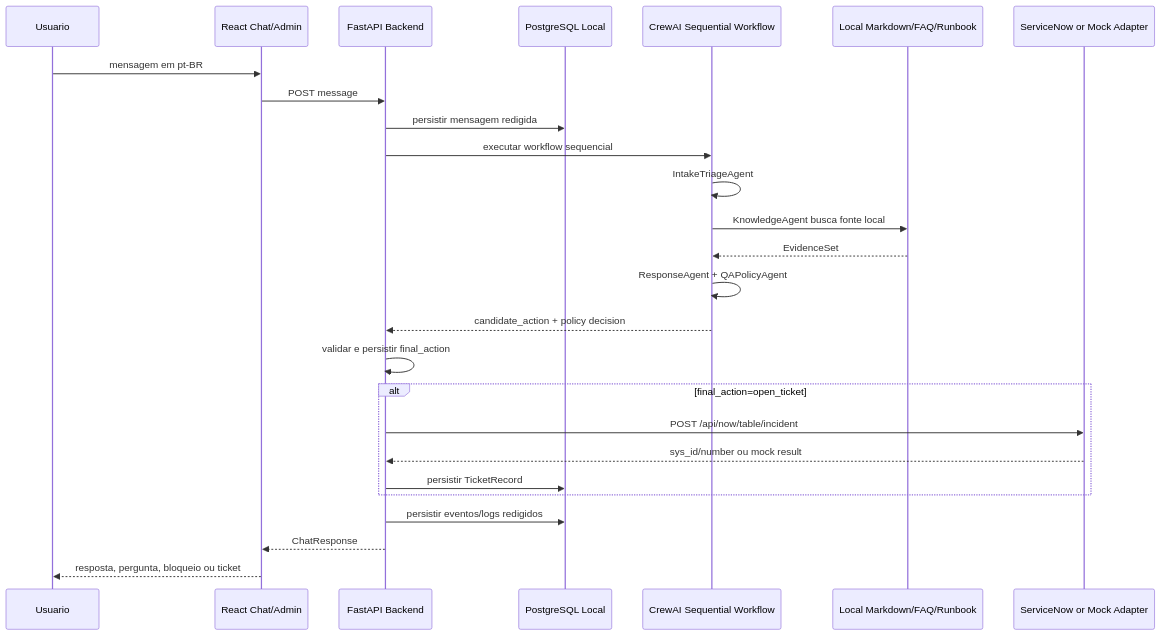
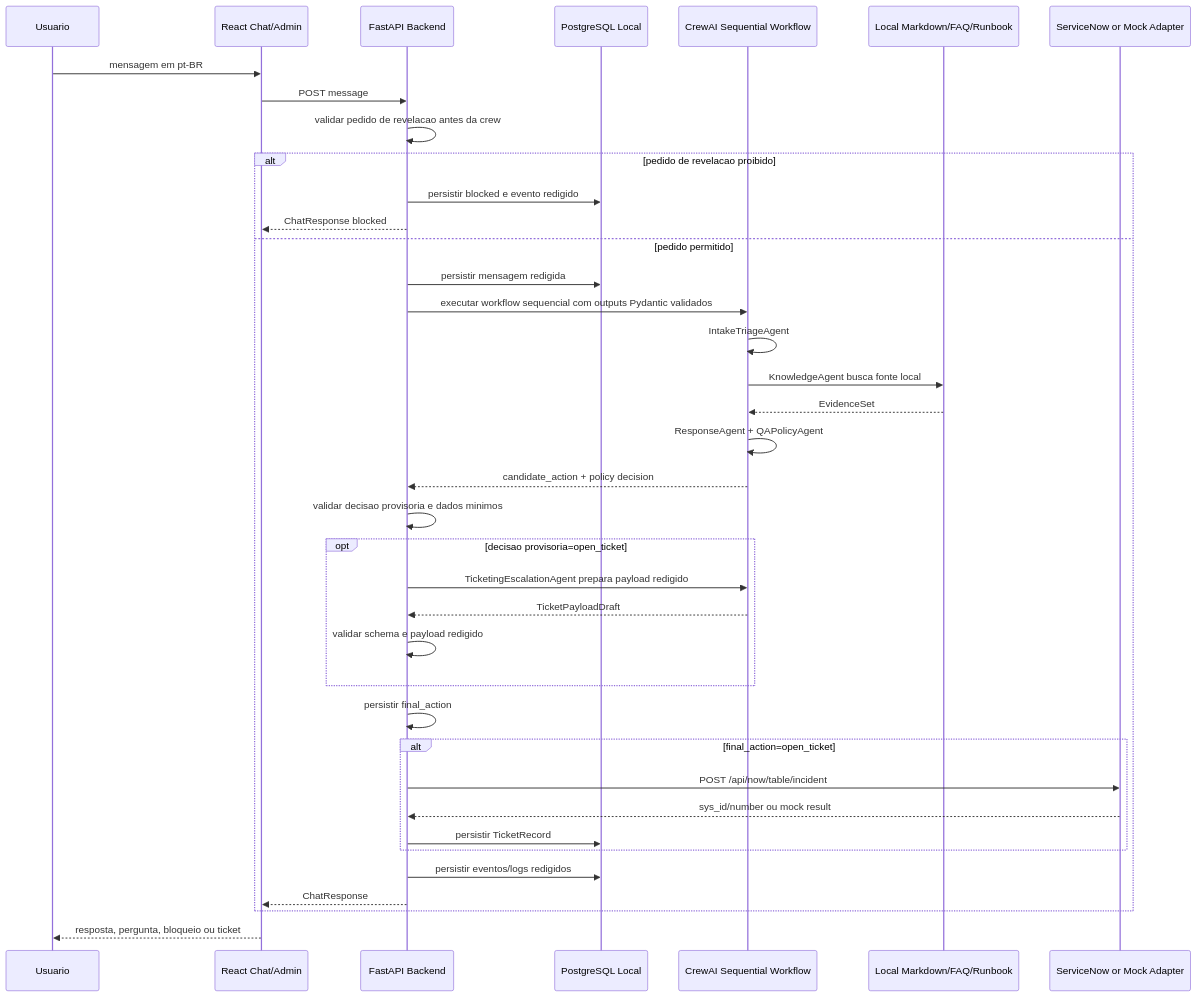
Before and after one commit to bhendon-soares/agentic-architect-casptone: the diagram in project-context/1.define/sad.md, drawn with Mermaid. The commit also changed other lines of this file and 10 other files, not shown here.

````diff
--- a/project-context/1.define/sad.md
+++ b/project-context/1.define/sad.md
@@ -319,29 +321,41 @@
 ```mermaid
 sequenceDiagram
     participant U as Usuario
     participant FE as React Chat/Admin
     participant API as FastAPI Backend
     participant DB as PostgreSQL Local
     participant Crew as CrewAI Sequential Workflow
     participant KB as Local Markdown/FAQ/Runbook
     participant SN as ServiceNow or Mock Adapter
 
     U->>FE: mensagem em pt-BR
     FE->>API: POST message
+    API->>API: validar pedido de revelacao antes da crew
+    alt pedido de revelacao proibido
+      API->>DB: persistir blocked e evento redigido
+      API-->>FE: ChatResponse blocked
+    else pedido permitido
     API->>DB: persistir mensagem redigida
-    API->>Crew: executar workflow sequencial
+    API->>Crew: executar workflow sequencial com outputs Pydantic validados
     Crew->>Crew: IntakeTriageAgent
     Crew->>KB: KnowledgeAgent busca fonte local
     KB-->>Crew: EvidenceSet
     Crew->>Crew: ResponseAgent + QAPolicyAgent
     Crew-->>API: candidate_action + policy decision
-    API->>API: validar e persistir final_action
+    API->>API: validar decisao provisoria e dados minimos
+    opt decisao provisoria=open_ticket
+      API->>Crew: TicketingEscalationAgent prepara payload redigido
+      Crew-->>API: TicketPayloadDraft
+      API->>API: validar schema e payload redigido
+    end
+    API->>API: persistir final_action
     alt final_action=open_ticket
         API->>SN: POST /api/now/table/incident
         SN-->>API: sys_id/number ou mock result
         API->>DB: persistir TicketRecord
     end
     API->>DB: persistir eventos/logs redigidos
     API-->>FE: ChatResponse
+    end
     FE-->>U: resposta, pergunta, bloqueio ou ticket
 ```
````
